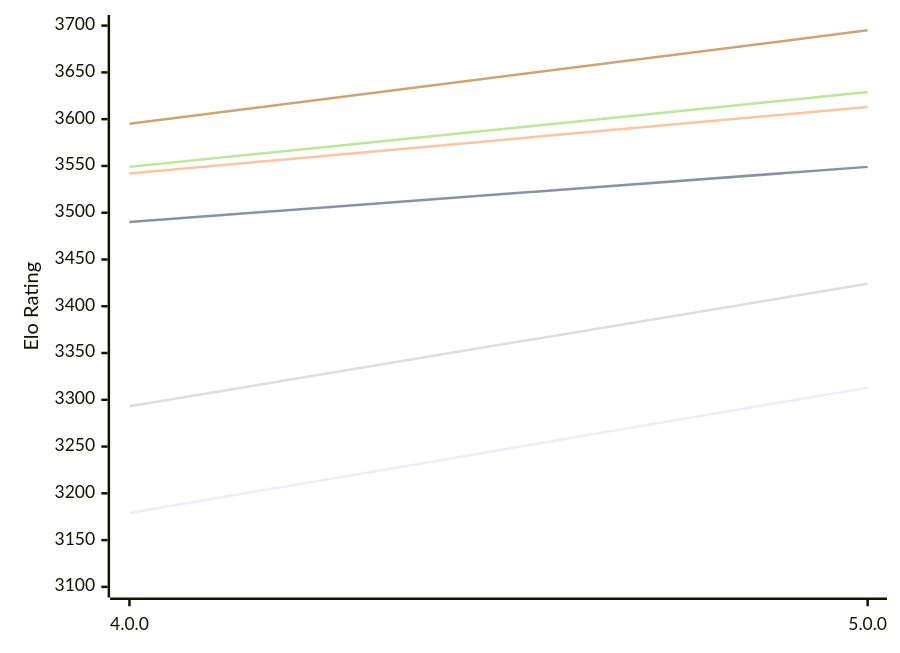
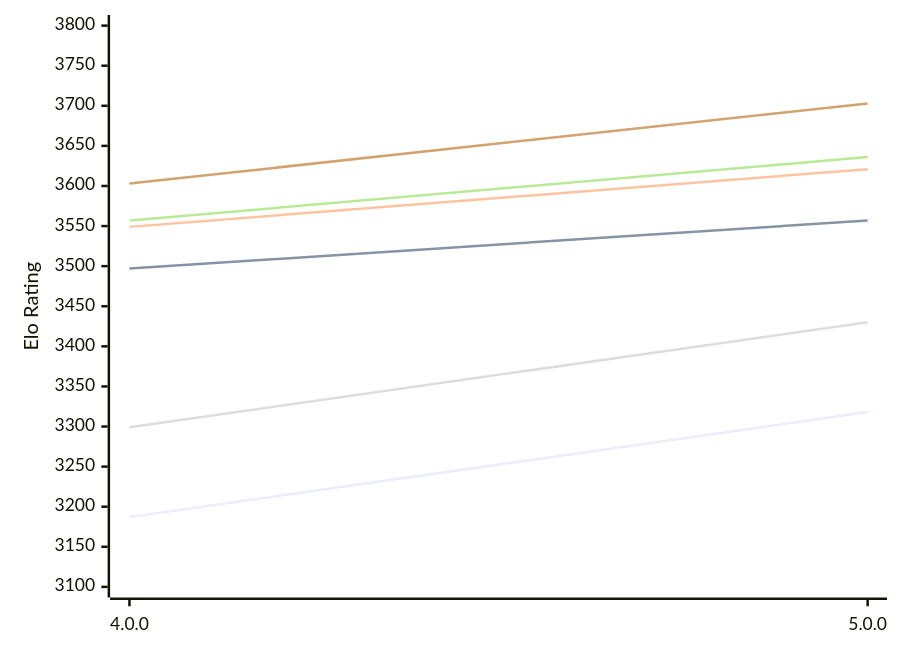
One commit to computer-chess-index/cci changed the first of 2 diagrams in engines/Avalanche.md. Above: the diagram before and after it, drawn with Mermaid. The commit also changed other lines of this file, not shown here.

Commit message:
Update CCI Ratings (ELO VLTC) - 2026-11-03

````diff
--- a/engines/Avalanche.md
+++ b/engines/Avalanche.md
@@ -50,12 +50,12 @@
 ```mermaid
 %%{init: {"theme":"base","themeVariables":{"seriesColors:['#a3a3a3','#222221','#faa371']}}}%%
 xychart-beta
   x-axis ["4.0.0", "5.0.0"]
-  y-axis "Elo Rating" 3100 --> 3700
-  line "E1: STC (8.0+0.08s)" [3179, 3313]
-  line "E1: LTC (60.0+0.60s)" [3490, 3549]
-  line "E1: VLTC (2m24s+1.12s)" [3542, 3613]
-  line "P1: STC (8.0+0.08s)" [3293, 3424]
-  line "P1: LTC (60.0+0.60s)" [3549, 3629]
-  line "P1: VLTC (2m24s+1.12s)" [3595, 3695]
+  y-axis "Elo Rating" 3100 --> 3800
+  line "E1: STC (8.0+0.08s)" [3187, 3318]
+  line "E1: LTC (60.0+0.60s)" [3497, 3557]
+  line "E1: VLTC (2m24s+1.12s)" [3549, 3621]
+  line "P1: STC (8.0+0.08s)" [3299, 3430]
+  line "P1: LTC (60.0+0.60s)" [3557, 3636]
+  line "P1: VLTC (2m24s+1.12s)" [3603, 3703]
 ```
````
